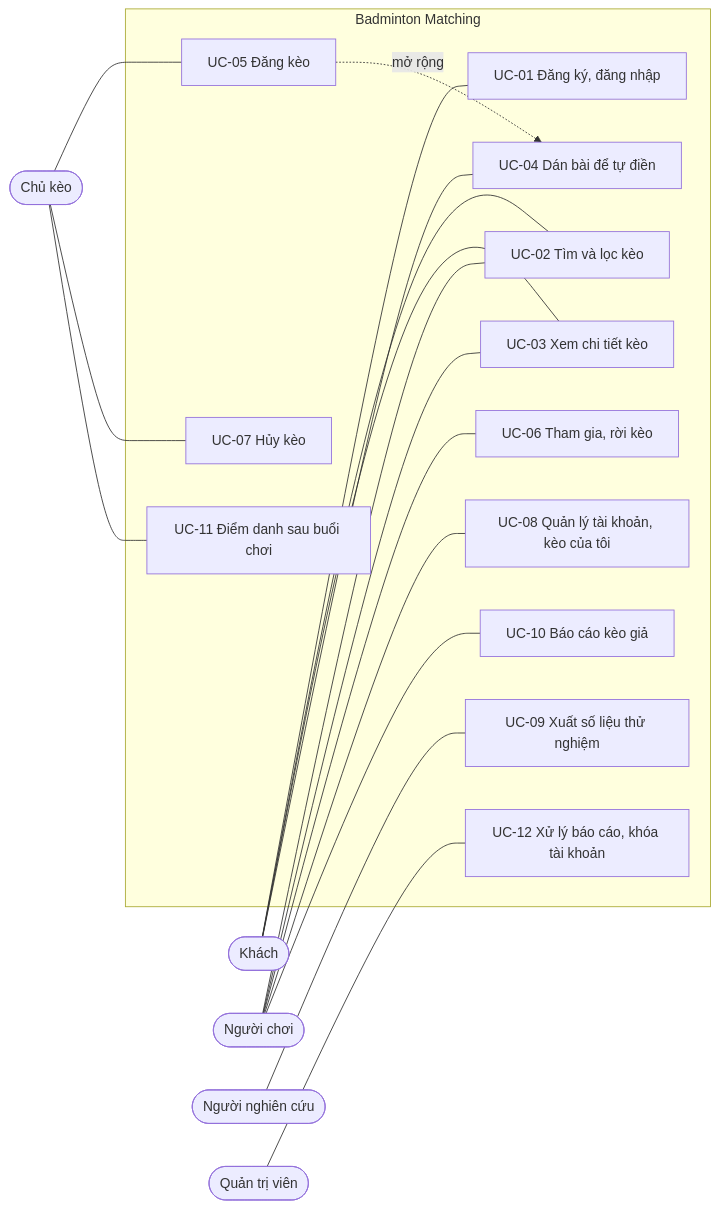
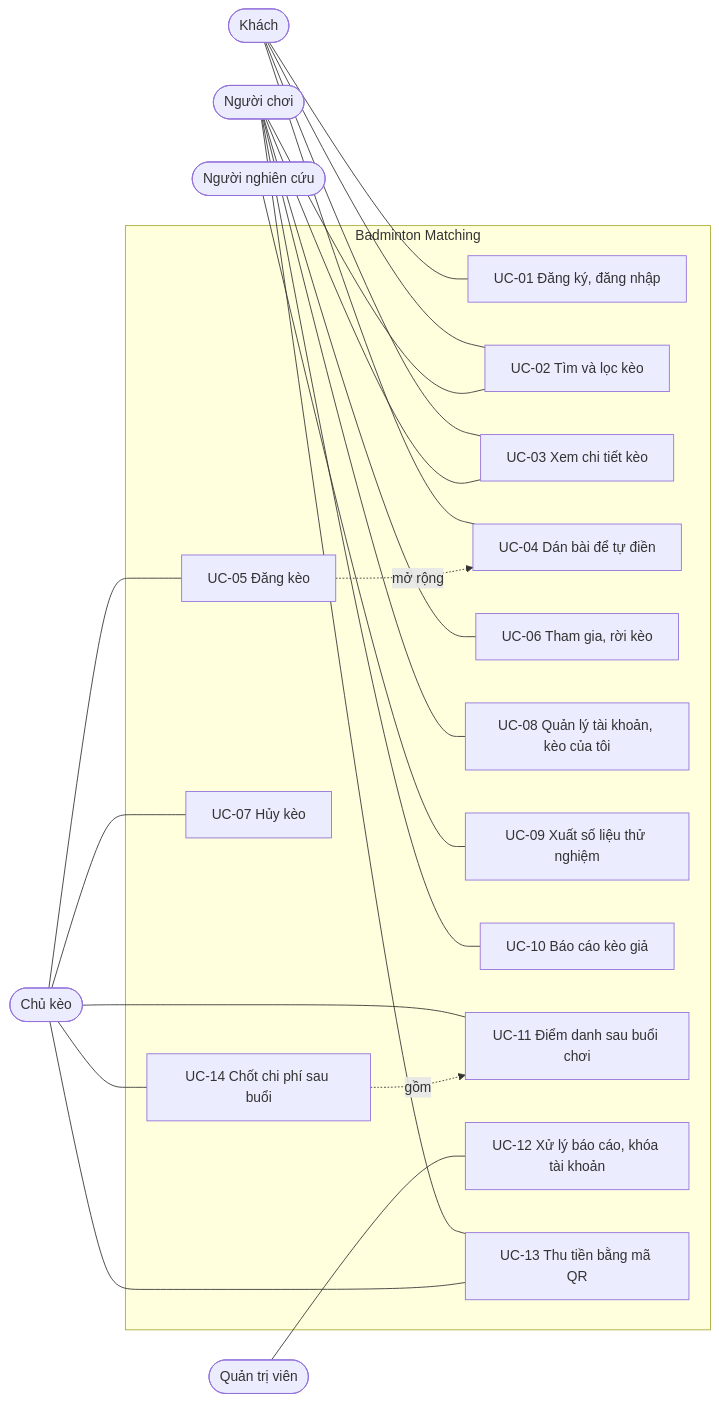
Before and after one commit to DucManh300905/Badminton-Matching: the diagram in docs/04-user-stories.md, drawn with Mermaid. The commit also changed other lines of this file and 9 other files, not shown here.

Commit message:
docs: bo bo trich xuat LLM/hybrid, them goi 4.8 thu tien QR va chot chi phi (Charter 1.4, WBS 1.4)

````diff
--- a/docs/04-user-stories.md
+++ b/docs/04-user-stories.md
@@ -128,39 +142,45 @@
 ```mermaid
 flowchart LR
     Khach(["Khách"])
     NguoiChoi(["Người chơi"])
     ChuKeo(["Chủ kèo"])
     NghienCuu(["Người nghiên cứu"])
     QuanTri(["Quản trị viên"])
 
     subgraph HT["Badminton Matching"]
         UC01["UC-01 Đăng ký, đăng nhập"]
         UC02["UC-02 Tìm và lọc kèo"]
         UC03["UC-03 Xem chi tiết kèo"]
         UC04["UC-04 Dán bài để tự điền"]
         UC05["UC-05 Đăng kèo"]
         UC06["UC-06 Tham gia, rời kèo"]
         UC07["UC-07 Hủy kèo"]
         UC08["UC-08 Quản lý tài khoản, kèo của tôi"]
         UC09["UC-09 Xuất số liệu thử nghiệm"]
         UC10["UC-10 Báo cáo kèo giả"]
         UC11["UC-11 Điểm danh sau buổi chơi"]
         UC12["UC-12 Xử lý báo cáo, khóa tài khoản"]
+        UC13["UC-13 Thu tiền bằng mã QR"]
+        UC14["UC-14 Chốt chi phí sau buổi"]
     end
 
     Khach --- UC01
     Khach --- UC02
     Khach --- UC03
     Khach --- UC04
     NguoiChoi --- UC02
     NguoiChoi --- UC03
     NguoiChoi --- UC06
     NguoiChoi --- UC08
     ChuKeo --- UC05
     ChuKeo --- UC07
     UC05 -. "mở rộng" .-> UC04
     NghienCuu --- UC09
     NguoiChoi --- UC10
     ChuKeo --- UC11
     QuanTri --- UC12
+    NguoiChoi --- UC13
+    ChuKeo --- UC13
+    ChuKeo --- UC14
+    UC14 -. "gồm" .-> UC11
 ```
````
